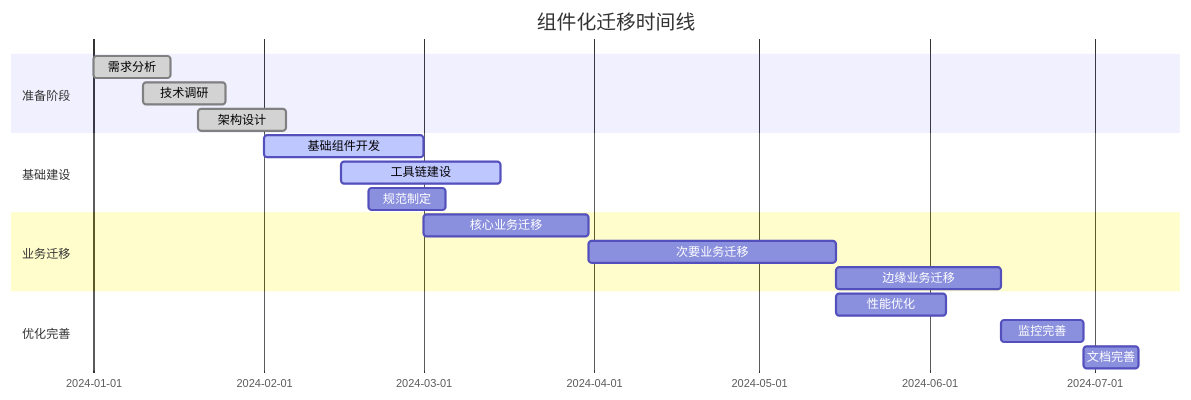
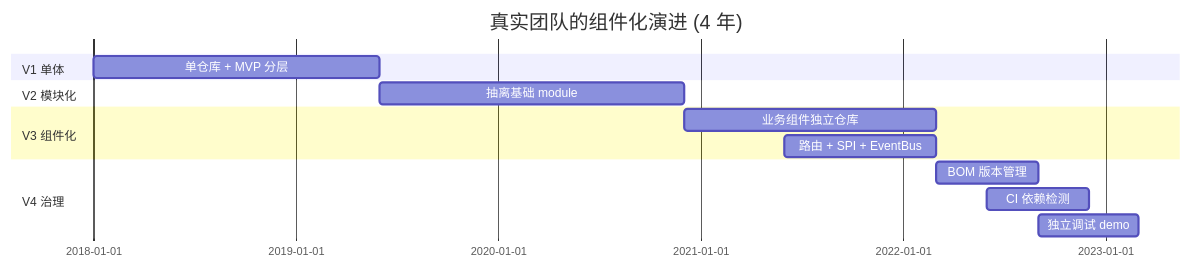
Before and after one commit to chongyang211/YCBookBlog: diagram 14 of 15 in 00.通用技术的提升/07.方案设计思想/卷一-架构与组件/02.组件化方案的设计.md, drawn with Mermaid. The commit also changed other lines of this file and 5 other files, not shown here.

````diff
--- a/00.通用技术的提升/07.方案设计思想/卷一-架构与组件/02.组件化方案的设计.md
+++ b/00.通用技术的提升/07.方案设计思想/卷一-架构与组件/02.组件化方案的设计.md
@@ -695,24 +624,20 @@
 ```mermaid
 gantt
-    title 组件化迁移时间线
-    dateFormat  YYYY-MM-DD
-    section 准备阶段
-    需求分析          :done, req, 2024-01-01, 2024-01-15
-    技术调研          :done, research, 2024-01-10, 2024-01-25
-    架构设计          :done, design, 2024-01-20, 2024-02-05
+    title 真实团队的组件化演进 (4 年)
+    dateFormat  YYYY-MM
     
-    section 基础建设
-    基础组件开发       :active, base, 2024-02-01, 2024-03-01
-    工具链建设        :active, tools, 2024-02-15, 2024-03-15
-    规范制定          :spec, 2024-02-20, 2024-03-05
+    section V1 单体
+    单仓库 + MVP 分层      :2018-01, 2019-06
     
-    section 业务迁移
-    核心业务迁移       :biz1, after base, 30d
-    次要业务迁移       :biz2, after biz1, 45d
-    边缘业务迁移       :biz3, after biz2, 30d
+    section V2 模块化
+    抽离基础 module        :2019-06, 2020-12
     
-    section 优化完善
-    性能优化          :opt, after biz2, 20d
-    监控完善          :monitor, after biz3, 15d
-    文档完善          :doc, after monitor, 10d
+    section V3 组件化
+    业务组件独立仓库       :2020-12, 2022-03
+    路由 + SPI + EventBus  :2021-06, 2022-03
+    
+    section V4 治理
+    BOM 版本管理            :2022-03, 2022-09
+    CI 依赖检测            :2022-06, 2022-12
+    独立调试 demo          :2022-09, 2023-03
 ```
````
